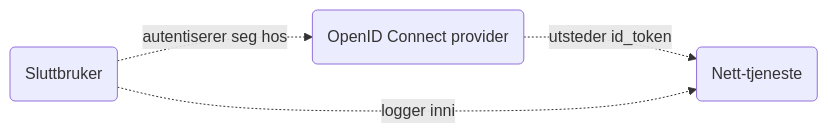
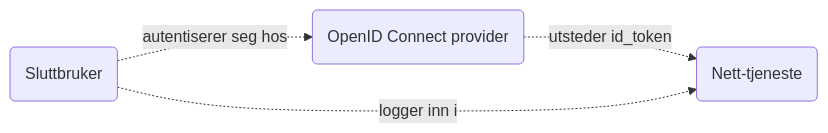
The first of 2 diagrams in pages/oidc/oidc_auth_codeflow.md (difi/idporten-oidc-dokumentasjon), drawn with Mermaid before and after one commit. The commit also changed other lines of this file, not shown here.

````diff
--- a/pages/oidc/oidc_auth_codeflow.md
+++ b/pages/oidc/oidc_auth_codeflow.md
@@ -30,10 +26,10 @@
-```mermaid {class:"mermaid"}
+``` mermaid
 graph LR
   end_user(Sluttbruker)
   OP(OpenID Connect provider)
   RP(Nett-tjeneste)
 
   end_user -. autentiserer seg hos .-> OP
   OP -. utsteder id_token .-> RP
-  end_user -. logger inni  .-> RP
+  end_user -. logger inn i  .-> RP
 ```
````
